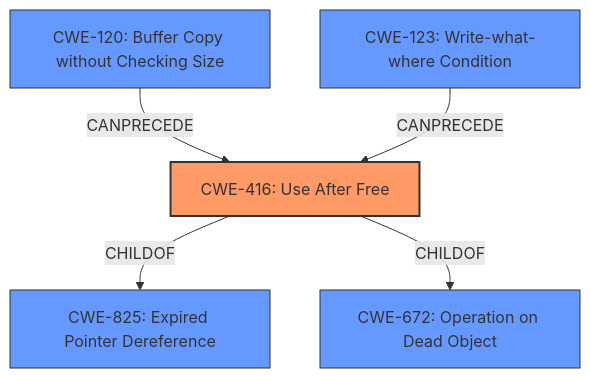
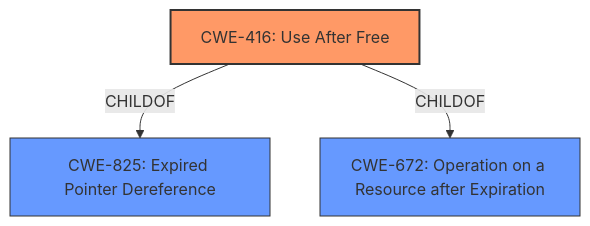
The diagram in CVE-2021-21193/CVE-2021-21193_analysis.md (CyberSecAI/cwe_agent_assign_reports_2023), drawn with Mermaid before and after one commit. The commit also changed other lines of this file and 902 other files, not shown here.

````diff
--- a/CVE-2021-21193/CVE-2021-21193_analysis.md
+++ b/CVE-2021-21193/CVE-2021-21193_analysis.md
@@ -16,18 +16,14 @@
 ```mermaid
 graph TD
     cwe416["CWE-416: Use After Free"]
     cwe825["CWE-825: Expired Pointer Dereference"]
-    cwe672["CWE-672: Operation on Dead Object"]
-    cwe120["CWE-120: Buffer Copy without Checking Size"]
-    cwe123["CWE-123: Write-what-where Condition"]
-    
+    cwe672["CWE-672: Operation on a Resource after Expiration"]
+
     cwe416 -->|CHILDOF| cwe825
     cwe416 -->|CHILDOF| cwe672
-    cwe120 -->|CANPRECEDE| cwe416
-    cwe123 -->|CANPRECEDE| cwe416
-    
+
     classDef primary fill:#f96,stroke:#333,stroke-width:2px
     classDef secondary fill:#69f,stroke:#333
     class cwe416 primary
-    class cwe825,cwe672,cwe120,cwe123 secondary
+    class cwe825,cwe672 secondary
 ```
````
